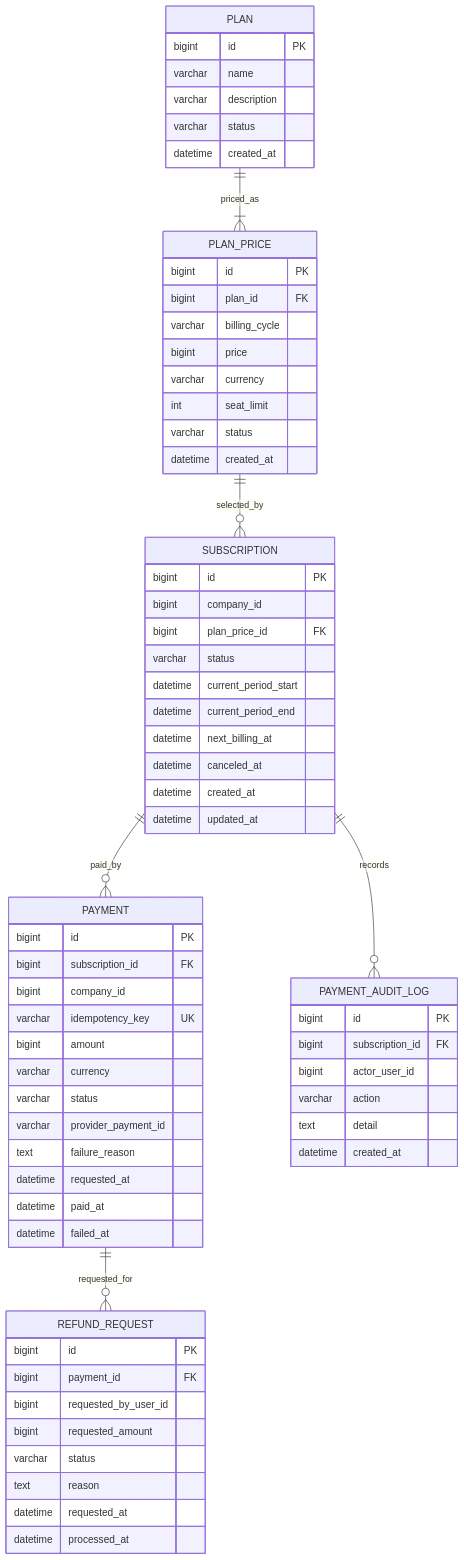
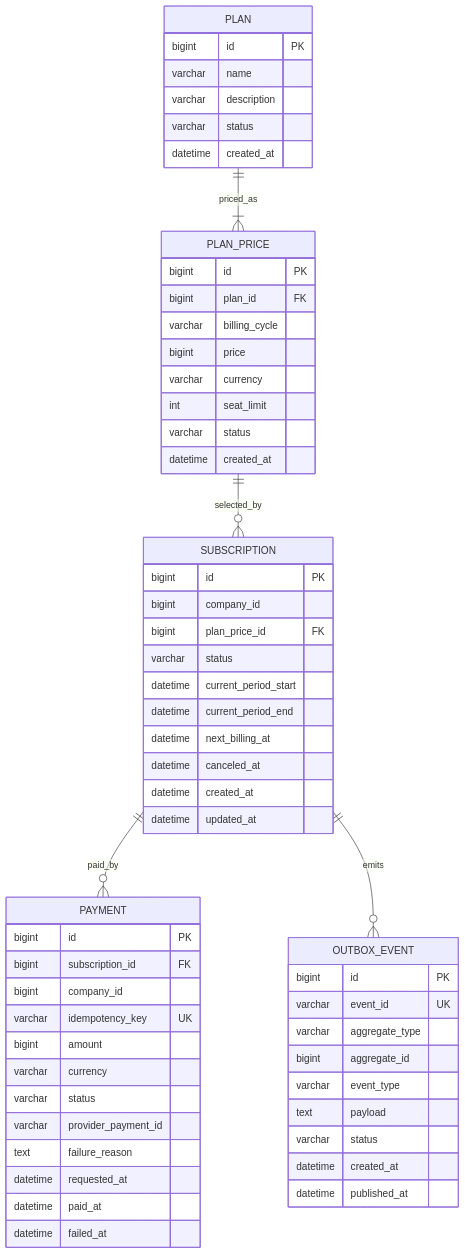
Before and after one commit to skala-msa-team/linguaroute-msa: the seventh of 7 diagrams in docs/erd.md, drawn with Mermaid. The commit also changed other lines of this file and 6 other files, not shown here.

````diff
--- a/docs/erd.md
+++ b/docs/erd.md
@@ -292,75 +325,67 @@
 ```mermaid
 erDiagram
     PLAN ||--|{ PLAN_PRICE : priced_as
     PLAN_PRICE ||--o{ SUBSCRIPTION : selected_by
     SUBSCRIPTION ||--o{ PAYMENT : paid_by
-    PAYMENT ||--o{ REFUND_REQUEST : requested_for
-    SUBSCRIPTION ||--o{ PAYMENT_AUDIT_LOG : records
+    SUBSCRIPTION ||--o{ OUTBOX_EVENT : emits
 
     PLAN {
         bigint id PK
         varchar name
         varchar description
         varchar status
         datetime created_at
     }
 
     PLAN_PRICE {
         bigint id PK
         bigint plan_id FK
         varchar billing_cycle
         bigint price
         varchar currency
         int seat_limit
         varchar status
         datetime created_at
     }
 
     SUBSCRIPTION {
         bigint id PK
         bigint company_id
         bigint plan_price_id FK
         varchar status
         datetime current_period_start
         datetime current_period_end
         datetime next_billing_at
         datetime canceled_at
         datetime created_at
         datetime updated_at
     }
 
     PAYMENT {
         bigint id PK
         bigint subscription_id FK
         bigint company_id
         varchar idempotency_key UK
         bigint amount
         varchar currency
         varchar status
         varchar provider_payment_id
         text failure_reason
         datetime requested_at
         datetime paid_at
         datetime failed_at
     }
 
-    REFUND_REQUEST {
+    OUTBOX_EVENT {
         bigint id PK
-        bigint payment_id FK
-        bigint requested_by_user_id
-        bigint requested_amount
+        varchar event_id UK
+        varchar aggregate_type
+        bigint aggregate_id
+        varchar event_type
+        text payload
         varchar status
-        text reason
-        datetime requested_at
-        datetime processed_at
+        datetime created_at
+        datetime published_at
     }
 
-    PAYMENT_AUDIT_LOG {
-        bigint id PK
-        bigint subscription_id FK
-        bigint actor_user_id
-        varchar action
-        text detail
-        datetime created_at
-    }
 ```
````
